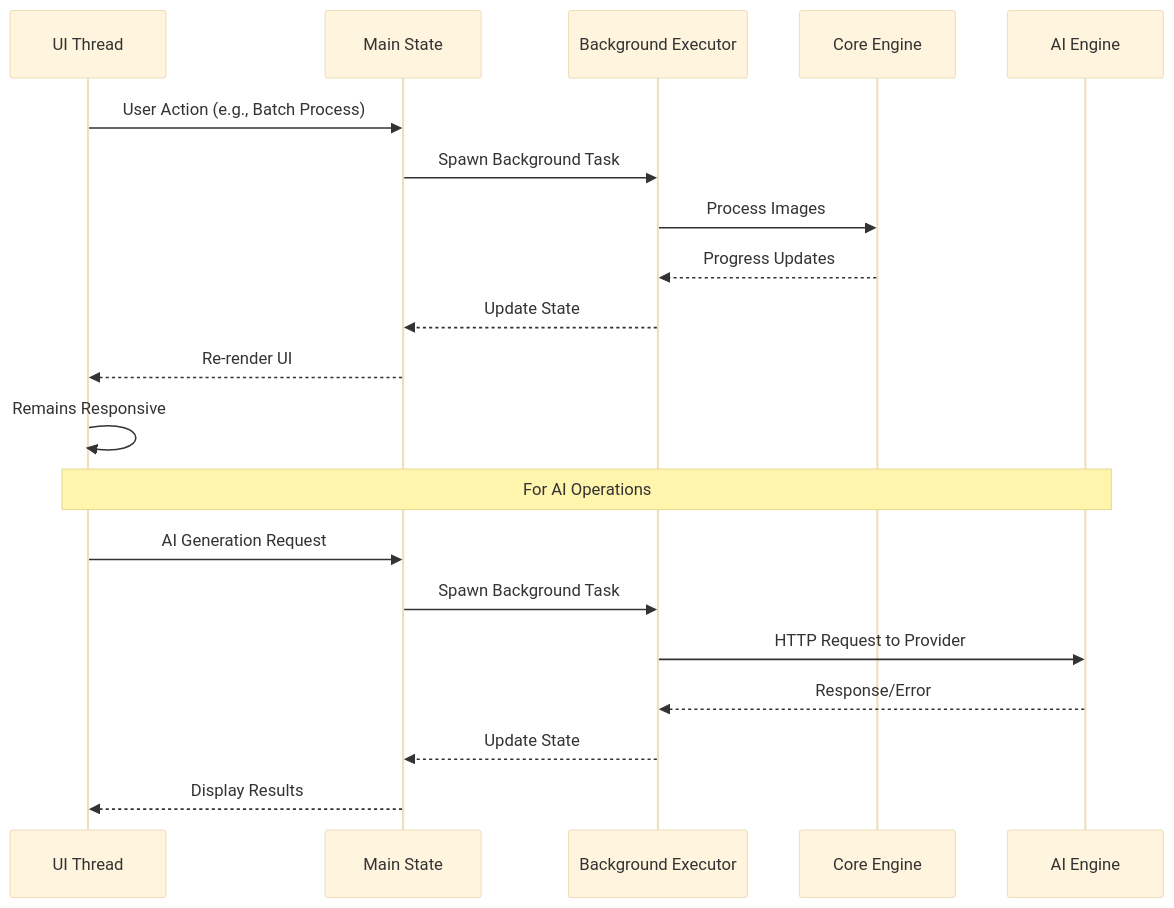
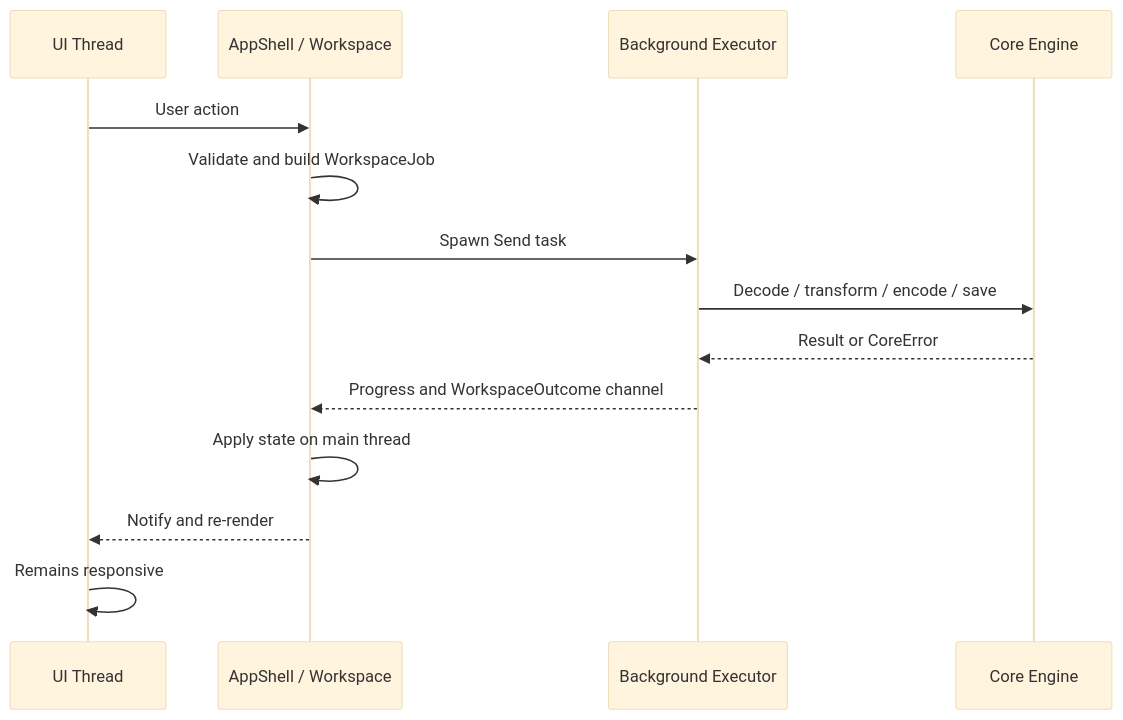
The second of 2 diagrams in docs/spec/design.md (willmove/impressy), drawn with Mermaid (base theme) before and after one commit. The commit also changed other lines of this file and 1 other file, not shown here.

````diff
--- a/docs/spec/design.md
+++ b/docs/spec/design.md
@@ -126,24 +133,17 @@
 ```mermaid
 sequenceDiagram
     participant U as UI Thread
-    participant M as Main State
+    participant M as AppShell / Workspace
     participant B as Background Executor
     participant C as Core Engine
-    participant A as AI Engine
-    
-    U->>M: User Action (e.g., Batch Process)
-    M->>B: Spawn Background Task
-    B->>C: Process Images
-    C-->>B: Progress Updates
-    B-->>M: Update State
-    M-->>U: Re-render UI
-    U->>U: Remains Responsive
-    
-    Note over U,A: For AI Operations
-    U->>M: AI Generation Request
-    M->>B: Spawn Background Task
-    B->>A: HTTP Request to Provider
-    A-->>B: Response/Error
-    B-->>M: Update State
-    M-->>U: Display Results
+
+    U->>M: User action
+    M->>M: Validate and build WorkspaceJob
+    M->>B: Spawn Send task
+    B->>C: Decode / transform / encode / save
+    C-->>B: Result or CoreError
+    B-->>M: Progress and WorkspaceOutcome channel
+    M->>M: Apply state on main thread
+    M-->>U: Notify and re-render
+    U->>U: Remains responsive
 ```
````
